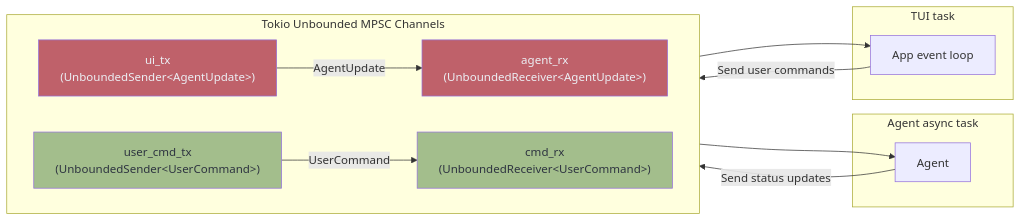
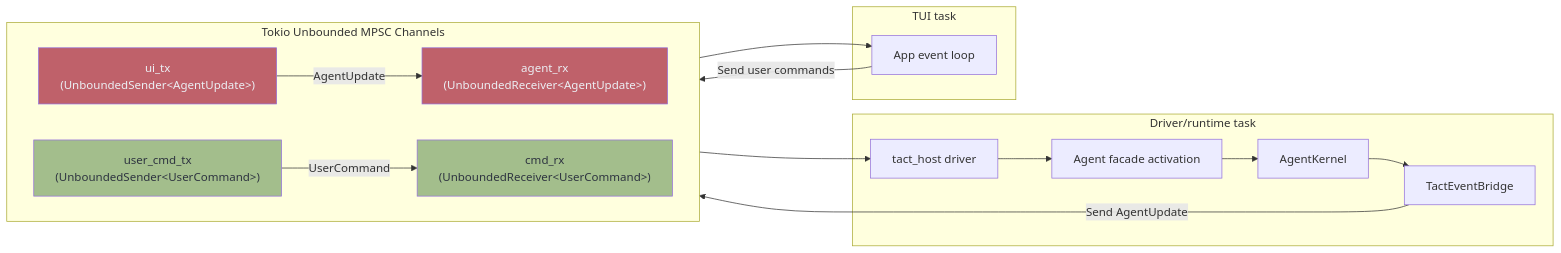
The ninth of 10 diagrams in ARCHITECTURE.md (rust-infra/tact), drawn with Mermaid before and after one commit. The commit also changed other lines of this file and 313 other files, not shown here.

First line of the commit message:
feat: agent kernel, embeddable agent SDK, and stable LLM provider SDK (#99)

````diff
--- a/ARCHITECTURE.md
+++ b/ARCHITECTURE.md
@@ -533,31 +668,37 @@
 ```mermaid
 flowchart LR
     subgraph Channels["Tokio Unbounded MPSC Channels"]
         direction LR
         TX1["ui_tx<br/>(UnboundedSender&lt;AgentUpdate&gt;)"]
         RX1["agent_rx<br/>(UnboundedReceiver&lt;AgentUpdate&gt;)"]
         TX2["user_cmd_tx<br/>(UnboundedSender&lt;UserCommand&gt;)"]
         RX2["cmd_rx<br/>(UnboundedReceiver&lt;UserCommand&gt;)"]
     end
 
-    subgraph AgentTask["Agent async task"]
-        A["Agent"]
+    subgraph RuntimeTask["Driver/runtime task"]
+        D["tact_host driver"]
+        A["Agent facade activation"]
+        K["AgentKernel"]
+        B["TactEventBridge"]
+        D --> A
+        A --> K
+        K --> B
     end
 
     subgraph MainThread["TUI task"]
         TUI["App event loop"]
     end
 
-    A -- "Send status updates" --> TX1
+    B -- "Send AgentUpdate" --> TX1
     TX1 -- "AgentUpdate" --> RX1
     RX1 --> TUI
 
     TUI -- "Send user commands" --> TX2
     TX2 -- "UserCommand" --> RX2
-    RX2 --> A
+    RX2 --> D
 
     style TX1 fill:#bf616a,color:#eceff4
     style RX1 fill:#bf616a,color:#eceff4
     style TX2 fill:#a3be8c,color:#2e3440
     style RX2 fill:#a3be8c,color:#2e3440
 ```
````
